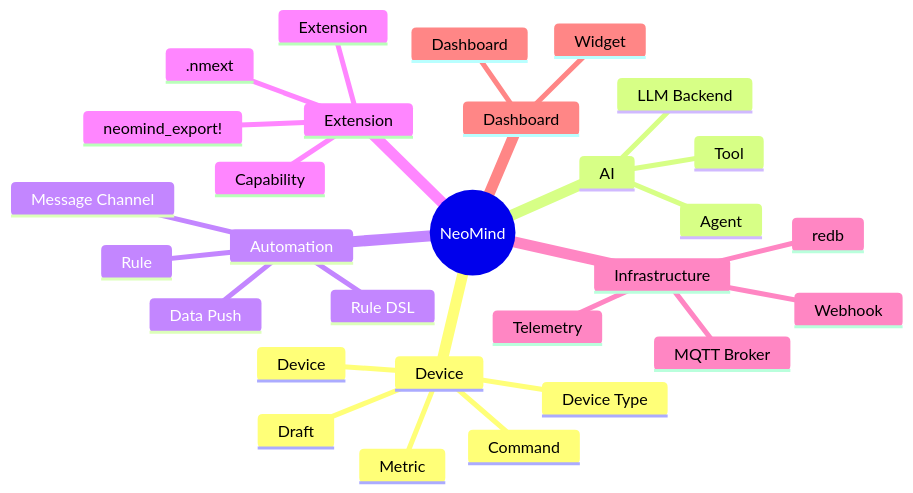
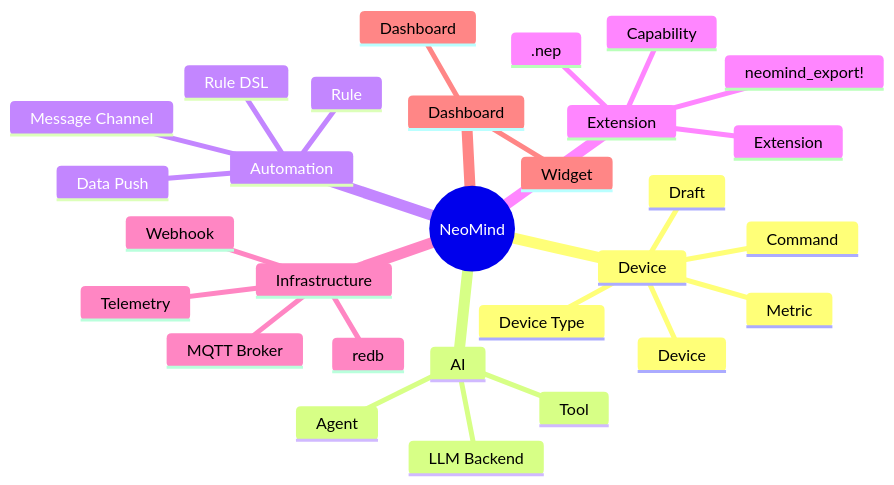
The first of 7 diagrams in i18n/en/docusaurus-plugin-content-docs/current/0-neomind/concepts/1-glossary.md (luommy/wiki-documents), drawn with Mermaid before and after one commit. The commit also changed other lines of this file and 17 other files, not shown here.

````diff
--- a/i18n/en/docusaurus-plugin-content-docs/current/0-neomind/concepts/1-glossary.md
+++ b/i18n/en/docusaurus-plugin-content-docs/current/0-neomind/concepts/1-glossary.md
@@ -24,32 +24,32 @@
 ```mermaid
 mindmap
   root((NeoMind))
     Device
       Device
       Device Type
       Draft
       Metric
       Command
     AI
       LLM Backend
       Agent
       Tool
     Automation
       Rule
       Rule DSL
       Message Channel
       Data Push
     Extension
       Extension
       Capability
-      .nmext
+      .nep
       neomind_export!
     Infrastructure
       MQTT Broker
       Telemetry
       redb
       Webhook
     Dashboard
       Dashboard
       Widget
 ```
````
